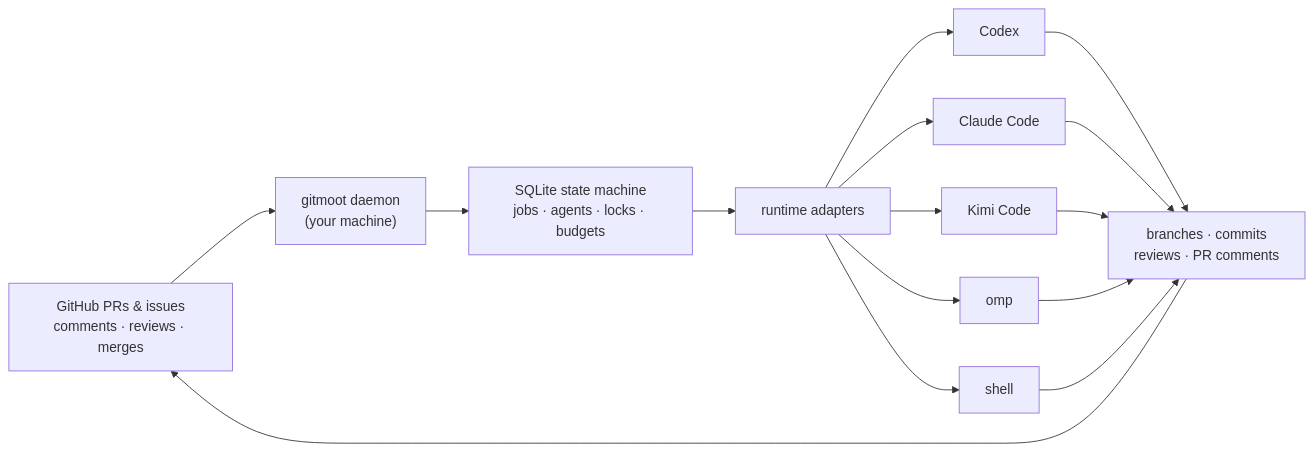
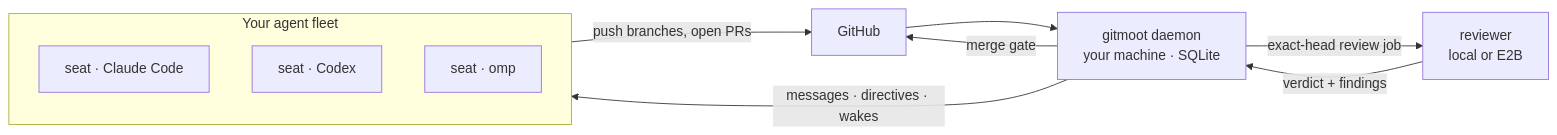
The diagram in README.md (gitmoot/gitmoot), drawn with Mermaid before and after one commit. The commit also changed other lines of this file and 2 other files, not shown here.

First line of the commit message:
docs: reposition gitmoot as the fleet backbone for coding agents

````diff
--- a/README.md
+++ b/README.md
@@ -93,13 +108,14 @@
 ```mermaid
 flowchart LR
-    A["GitHub PRs & issues<br/>comments · reviews · merges"] --> B["gitmoot daemon<br/>(your machine)"]
-    B --> C["SQLite state machine<br/>jobs · agents · locks · budgets"]
-    C --> D["runtime adapters"]
-    D --> E["Codex"]
-    D --> F["Claude Code"]
-    D --> G["Kimi Code"]
-    D --> H["omp"]
-    D --> J["shell"]
-    E & F & G & H & J --> I["branches · commits<br/>reviews · PR comments"]
-    I --> A
+    subgraph fleet["Your agent fleet"]
+        A["seat · Claude Code"]
+        B["seat · Codex"]
+        C["seat · omp"]
+    end
+    fleet -- "push branches, open PRs" --> GH["GitHub"]
+    GH --> D["gitmoot daemon<br/>your machine · SQLite"]
+    D -- "exact-head review job" --> R["reviewer<br/>local or E2B"]
+    R -- "verdict + findings" --> D
+    D -- "merge gate" --> GH
+    D -- "messages · directives · wakes" --> fleet
 ```
````
